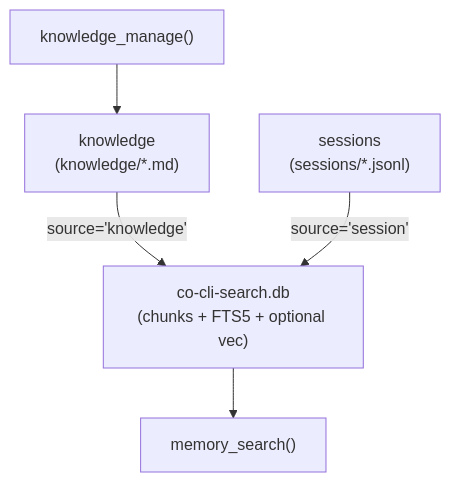
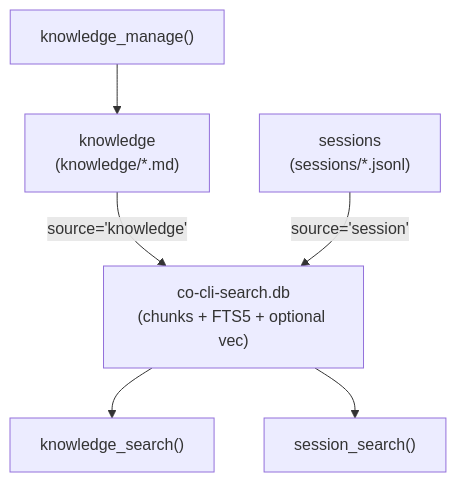
The diagram in docs/specs/memory.md (binlecode/co-cli), drawn with Mermaid before and after one commit. The commit also changed other lines of this file and 64 other files, not shown here.

````diff
--- a/docs/specs/memory.md
+++ b/docs/specs/memory.md
@@ -15,7 +15,8 @@
 ```mermaid
 flowchart TD
     Knowledge["knowledge\n(knowledge/*.md)"] -->|"source='knowledge'"| SearchDB["co-cli-search.db\n(chunks + FTS5 + optional vec)"]
     Sessions["sessions\n(sessions/*.jsonl)"] -->|"source='session'"| SearchDB
-    SearchDB --> MemSearch["memory_search()"]
+    SearchDB --> KnowSearch["knowledge_search()"]
+    SearchDB --> SessSearch["session_search()"]
     KnowManage["knowledge_manage()"] --> Knowledge
 ```
````
